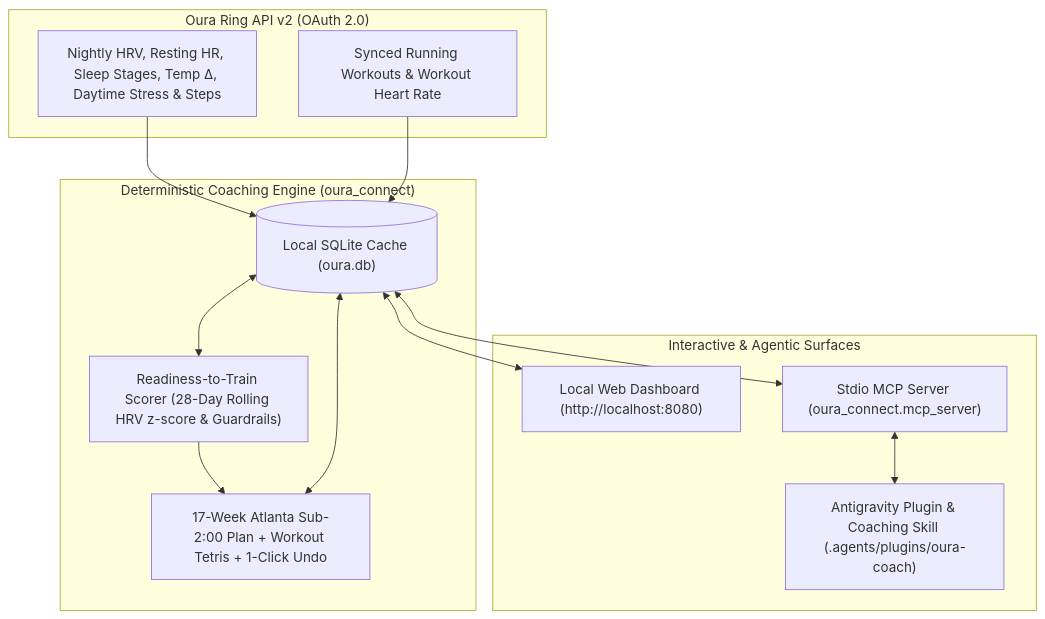
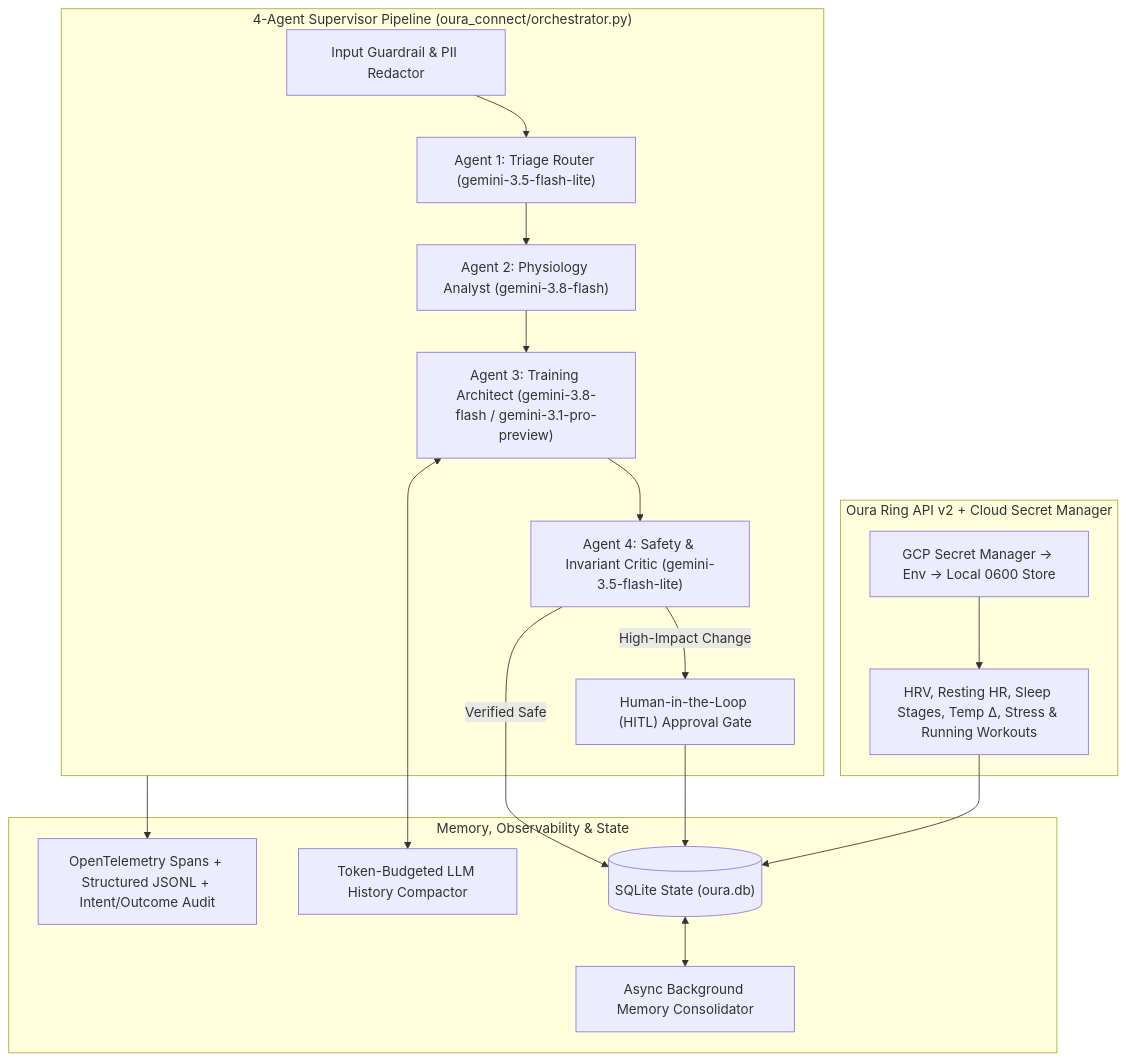
The diagram in README.md (jackiebuzzett-arch/JackieAgent), drawn with Mermaid before and after one commit. The commit also changed other lines of this file and 23 other files, not shown here.

Commit message:
Upgrade to full L200 multi-agent architecture, OTel tracing, HITL, evals & IaC

````diff
--- a/README.md
+++ b/README.md
@@ -9,28 +9,32 @@
 ```mermaid
 flowchart TB
-    subgraph OuraCloud["Oura Ring API v2 (OAuth 2.0)"]
-        Recovery["Nightly HRV, Resting HR, Sleep Stages, Temp Δ, Daytime Stress & Steps"]
-        Workouts["Synced Running Workouts & Workout Heart Rate"]
+    subgraph Telemetry["Oura Ring API v2 + Cloud Secret Manager"]
+        Oura["HRV, Resting HR, Sleep Stages, Temp Δ, Stress & Running Workouts"]
+        Secrets["GCP Secret Manager -> Env -> Local 0600 Store"]
     end
 
-    subgraph CoreEngine["Deterministic Coaching Engine (oura_connect)"]
-        DB[("Local SQLite Cache (oura.db)")]
-        Readiness["Readiness-to-Train Scorer (28-Day Rolling HRV z-score & Guardrails)"]
-        Planner["17-Week Atlanta Sub-2:00 Plan + Workout Tetris + 1-Click Undo"]
+    subgraph Supervisor["4-Agent Supervisor Pipeline (oura_connect/orchestrator.py)"]
+        GuardIn["Input Guardrail & PII Redactor"]
+        Triage["Agent 1: Triage Router (gemini-3.5-flash-lite)"]
+        Analyst["Agent 2: Physiology Analyst (gemini-3.8-flash)"]
+        Architect["Agent 3: Training Architect (gemini-3.8-flash / gemini-3.1-pro-preview)"]
+        Critic["Agent 4: Safety & Invariant Critic (gemini-3.5-flash-lite)"]
+        HITL["Human-in-the-Loop (HITL) Approval Gate"]
     end
 
-    subgraph Surfaces["Interactive & Agentic Surfaces"]
-        WebUI["Local Web Dashboard (http://localhost:8080)"]
-        MCP["Stdio MCP Server (oura_connect.mcp_server)"]
-        Skill["Antigravity Plugin & Coaching Skill (.agents/plugins/oura-coach)"]
+    subgraph MemoryAndObs["Memory, Observability & State"]
+        Compactor["Token-Budgeted LLM History Compactor"]
+        AsyncWorker["Async Background Memory Consolidator"]
+        OTel["OpenTelemetry Spans + Structured JSONL + Intent/Outcome Audit"]
+        DB[("SQLite State (oura.db)")]
     end
 
-    Recovery --> DB
-    Workouts --> DB
-    DB <--> Readiness
-    Readiness --> Planner
-    Planner <--> DB
-    DB <--> WebUI
-    DB <--> MCP
-    MCP <--> Skill
+    Secrets --> Oura
+    Oura --> DB
+    GuardIn --> Triage --> Analyst --> Architect --> Critic
+    Critic -->|"High-Impact Change"| HITL --> DB
+    Critic -->|"Verified Safe"| DB
+    Architect <--> Compactor
+    DB <--> AsyncWorker
+    Supervisor --> OTel
 ```
````
